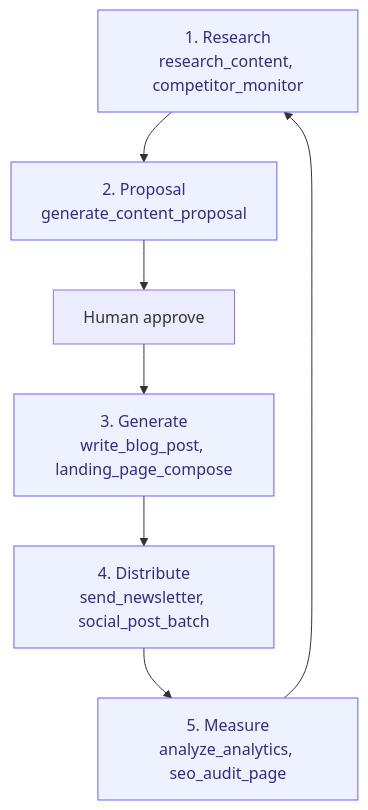
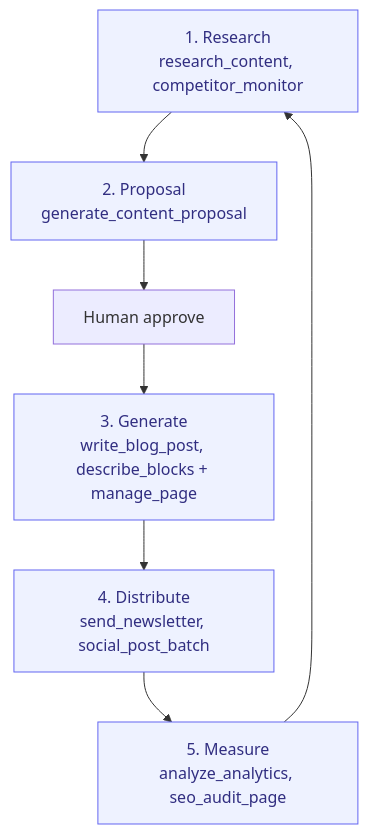
Before and after one commit to flowwink/flowwink: the diagram in docs/processes/content-to-conversion.md, drawn with Mermaid. The commit also changed other lines of this file and 19 other files, not shown here.

````diff
--- a/docs/processes/content-to-conversion.md
+++ b/docs/processes/content-to-conversion.md
@@ -36,12 +36,12 @@
 ```mermaid
 flowchart TD
     A["1. Research<br/>research_content, competitor_monitor"] --> B["2. Proposal<br/>generate_content_proposal"]
     B --> C["Human approve"]
-    C --> D["3. Generate<br/>write_blog_post, landing_page_compose"]
+    C --> D["3. Generate<br/>write_blog_post, describe_blocks + manage_page"]
     D --> E["4. Distribute<br/>send_newsletter, social_post_batch"]
     E --> F["5. Measure<br/>analyze_analytics, seo_audit_page"]
     F --> A
 
     classDef agent fill:#eef2ff,stroke:#6366f1,color:#312e81;
     class A,B,D,E,F agent
 ```
````
